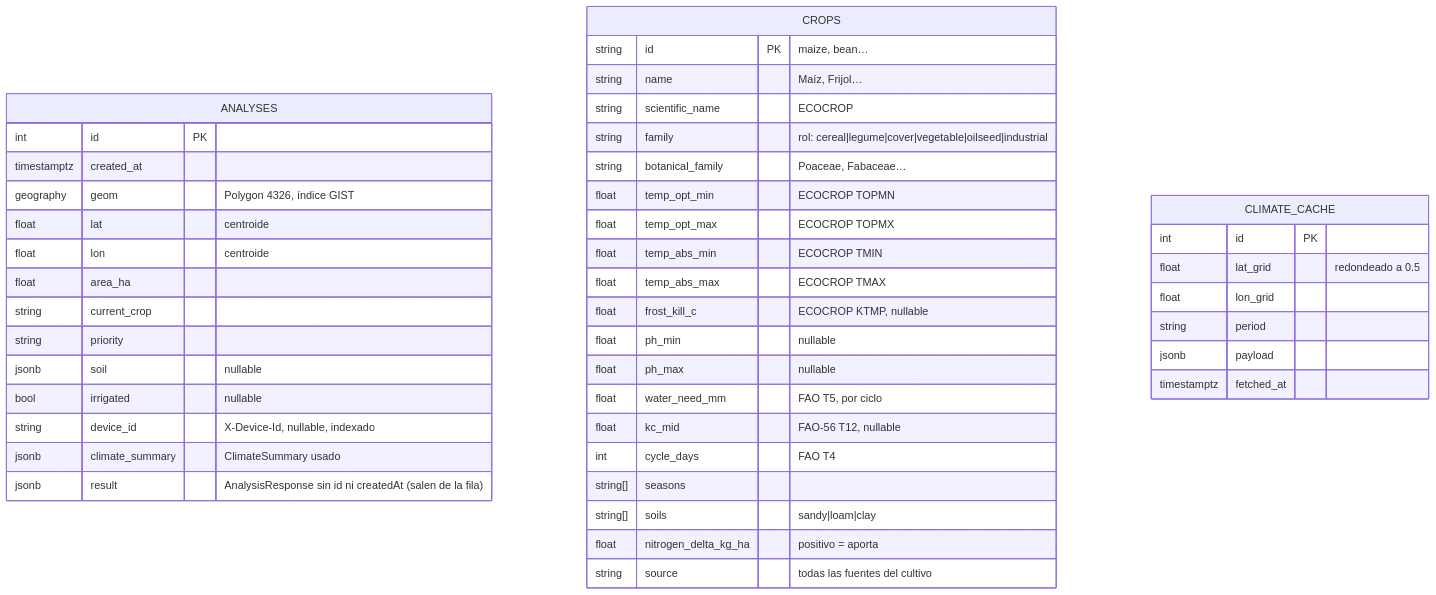
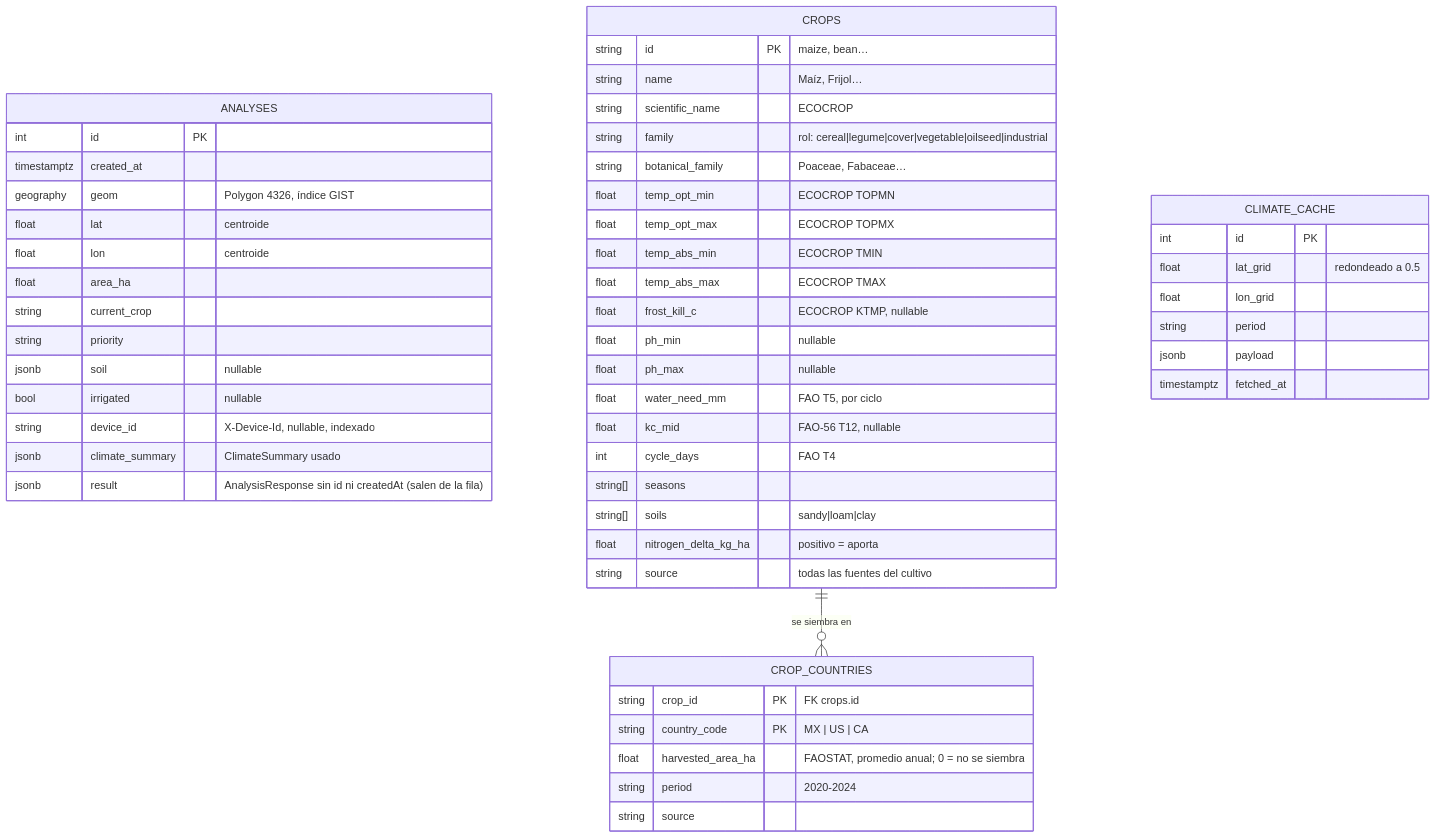
One commit to Maurongas/AgroBytes changed the third of 3 diagrams in docs/ARQUITECTURA.md. Above: the diagram before and after it, drawn with Mermaid. The commit also changed other lines of this file and 29 other files, not shown here.

````diff
--- a/docs/ARQUITECTURA.md
+++ b/docs/ARQUITECTURA.md
@@ -337,47 +340,55 @@
 ```mermaid
 erDiagram
     ANALYSES {
         int id PK
         timestamptz created_at
         geography geom "Polygon 4326, índice GIST"
         float lat "centroide"
         float lon "centroide"
         float area_ha
         string current_crop
         string priority
         jsonb soil "nullable"
         bool irrigated "nullable"
         string device_id "X-Device-Id, nullable, indexado"
         jsonb climate_summary "ClimateSummary usado"
         jsonb result "AnalysisResponse sin id ni createdAt (salen de la fila)"
     }
     CROPS {
         string id PK "maize, bean…"
         string name "Maíz, Frijol…"
         string scientific_name "ECOCROP"
         string family "rol: cereal|legume|cover|vegetable|oilseed|industrial"
         string botanical_family "Poaceae, Fabaceae…"
         float temp_opt_min "ECOCROP TOPMN"
         float temp_opt_max "ECOCROP TOPMX"
         float temp_abs_min "ECOCROP TMIN"
         float temp_abs_max "ECOCROP TMAX"
         float frost_kill_c "ECOCROP KTMP, nullable"
         float ph_min "nullable"
         float ph_max "nullable"
         float water_need_mm "FAO T5, por ciclo"
         float kc_mid "FAO-56 T12, nullable"
         int cycle_days "FAO T4"
         string[] seasons
         string[] soils "sandy|loam|clay"
         float nitrogen_delta_kg_ha "positivo = aporta"
         string source "todas las fuentes del cultivo"
     }
+    CROP_COUNTRIES {
+        string crop_id PK "FK crops.id"
+        string country_code PK "MX | US | CA"
+        float harvested_area_ha "FAOSTAT, promedio anual; 0 = no se siembra"
+        string period "2020-2024"
+        string source
+    }
+    CROPS ||--o{ CROP_COUNTRIES : "se siembra en"
     CLIMATE_CACHE {
         int id PK
         float lat_grid "redondeado a 0.5"
         float lon_grid
         string period
         jsonb payload
         timestamptz fetched_at
     }
 ```
````
